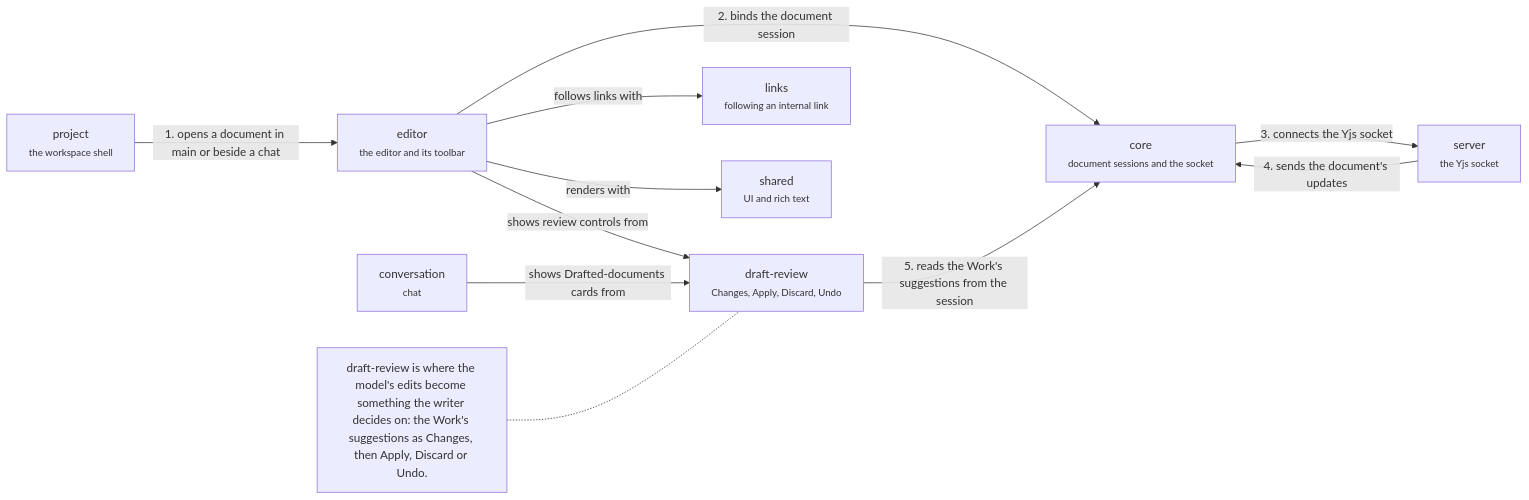
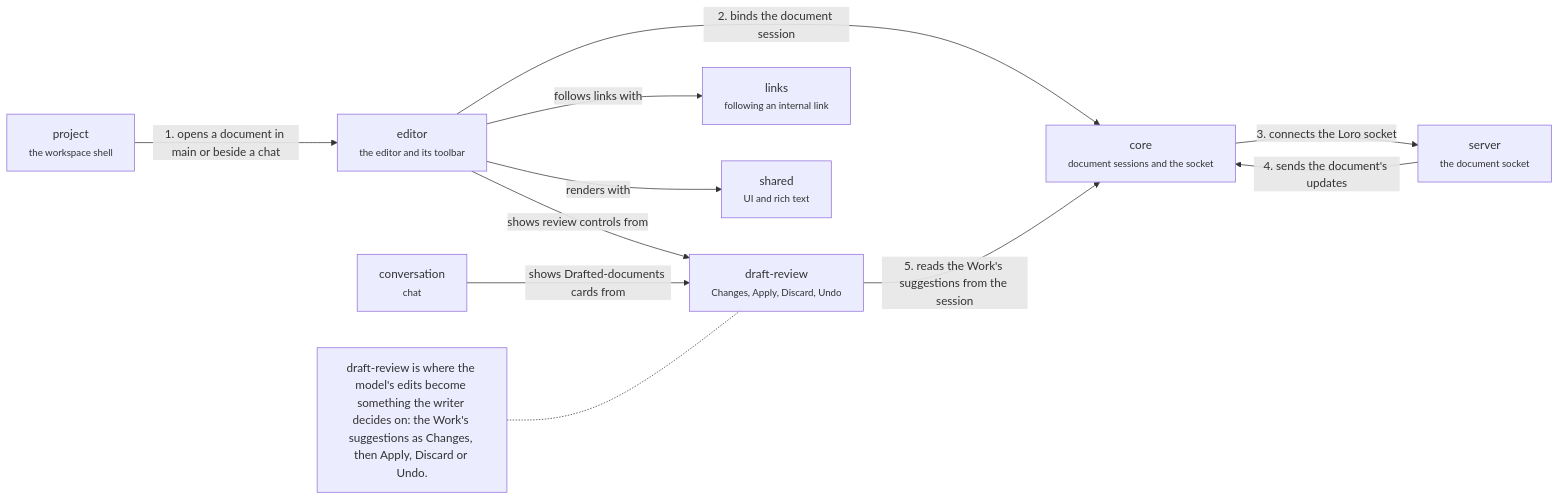
Before and after one commit to haowjy/meridian-flow: the diagram in .context/system-architecture/app-documents.md, drawn with Mermaid. The commit also changed other lines of this file and 162 other files, not shown here.

````diff
--- a/.context/system-architecture/app-documents.md
+++ b/.context/system-architecture/app-documents.md
@@ -5,22 +5,22 @@
 ```mermaid
 flowchart LR
   editor["editor<br/><small>the editor and its toolbar</small>"]:::feature
   draft-review["draft-review<br/><small>Changes, Apply, Discard, Undo</small>"]:::feature
   links["links<br/><small>following an internal link</small>"]:::feature
   project["project<br/><small>the workspace shell</small>"]:::context
   core["core<br/><small>document sessions and the socket</small>"]:::context
   shared["shared<br/><small>UI and rich text</small>"]:::context
   conversation["conversation<br/><small>chat</small>"]:::context
-  server["server<br/><small>the Yjs socket</small>"]:::context
+  server["server<br/><small>the document socket</small>"]:::context
   project -->|"1. opens a document in main or beside a chat"| editor
   editor -->|"2. binds the document session"| core
-  core -->|"3. connects the Yjs socket"| server
+  core -->|"3. connects the Loro socket"| server
   server -->|"4. sends the document's updates"| core
   draft-review -->|"5. reads the Work's suggestions from the session"| core
   editor -->|"shows review controls from"| draft-review
   editor -->|"follows links with"| links
   conversation -->|"shows Drafted-documents cards from"| draft-review
   editor -->|"renders with"| shared
   note1["draft-review is where the model's edits become something the writer decides on: the Work's suggestions as Changes, then Apply, Discard or Undo."]:::note
   note1 -.- draft-review
 ```
````
